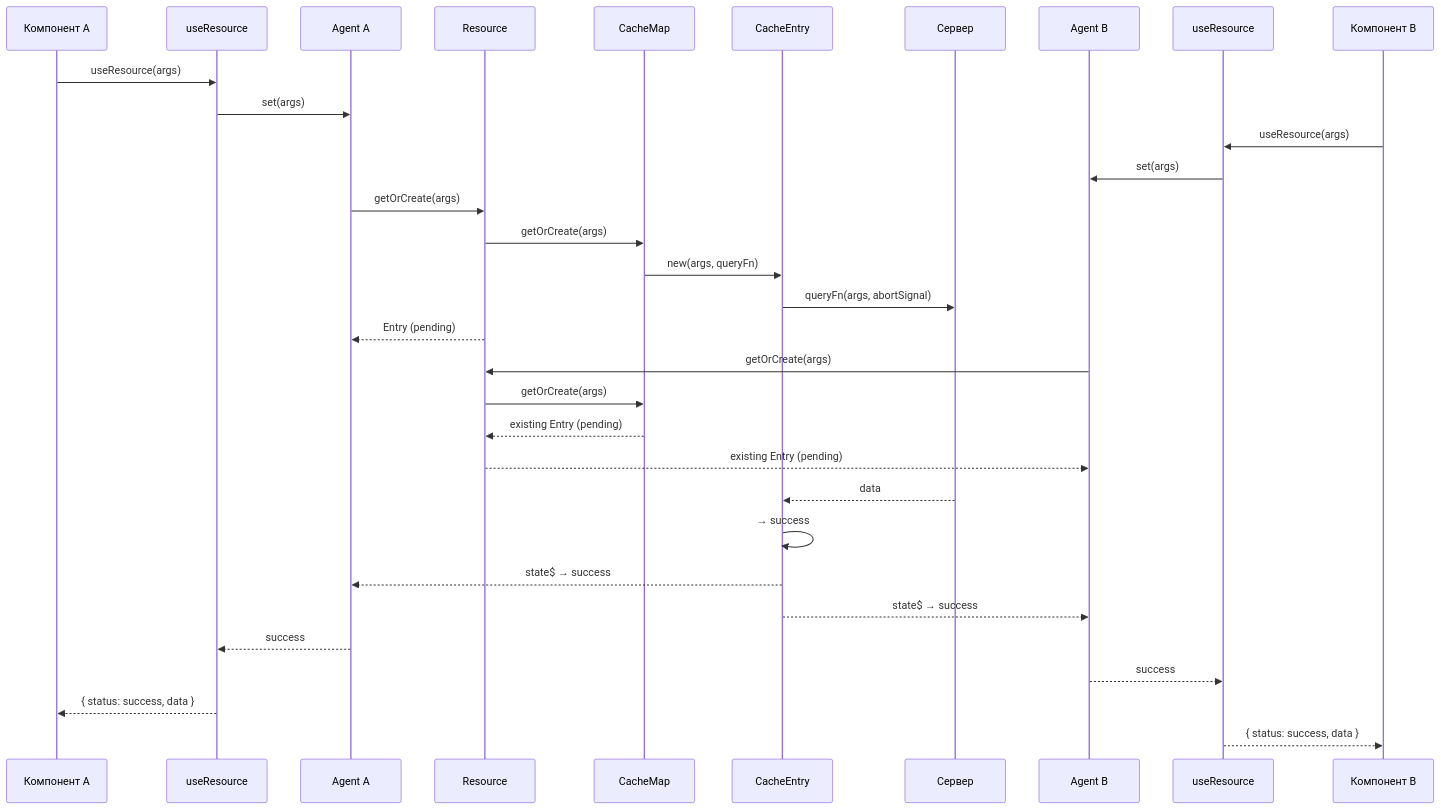
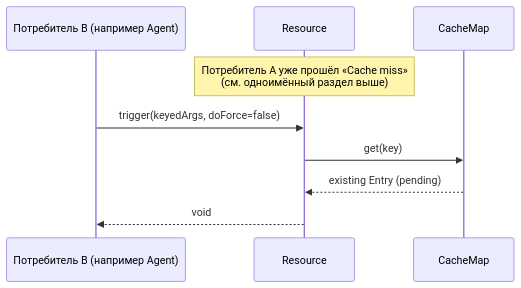
One commit to fozy-labs/rx-toolkit changed the sixth of 10 diagrams in docs/query/concepts/dataflows.md. Above: the diagram before and after it, drawn with Mermaid. The commit also changed other lines of this file and 1 other file, not shown here.

````diff
--- a/docs/query/concepts/dataflows.md
+++ b/docs/query/concepts/dataflows.md
@@ -213,38 +213,13 @@
 ```mermaid
 sequenceDiagram
-    participant UI_A as Компонент A
-    participant Hook_A as useResource
-    participant Agent_A as Agent A
+    participant Agent as Потребитель B (например Agent)
     participant Res as Resource
     participant Cache as CacheMap
-    participant Entry as CacheEntry
-    participant Server as Сервер
-    participant Agent_B as Agent B
-    participant Hook_B as useResource
-    participant UI_B as Компонент B
 
-    UI_A->>Hook_A: useResource(args)
-    Hook_A->>Agent_A: set(args)
-    UI_B->>Hook_B: useResource(args)
-    Hook_B->>Agent_B: set(args)
+    Note over Res: Потребитель A уже прошёл «Cache miss»<br/>(см. одноимённый раздел выше)
 
-    Agent_A->>Res: getOrCreate(args)
-    Res->>Cache: getOrCreate(args)
-    Cache->>Entry: new(args, queryFn)
-    Entry->>Server: queryFn(args, abortSignal)
-    Res-->>Agent_A: Entry (pending)
-
-    Agent_B->>Res: getOrCreate(args)
-    Res->>Cache: getOrCreate(args)
+    Agent->>Res: trigger(keyedArgs, doForce=false)
+    Res->>Cache: get(key)
     Cache-->>Res: existing Entry (pending)
-    Res-->>Agent_B: existing Entry (pending)
-
-    Server-->>Entry: data
-    Entry->>Entry: → success
-    Entry-->>Agent_A: state$ → success
-    Entry-->>Agent_B: state$ → success
-    Agent_A-->>Hook_A: success
-    Agent_B-->>Hook_B: success
-    Hook_A-->>UI_A: { status: success, data }
-    Hook_B-->>UI_B: { status: success, data }
+    Res-->>Agent: void
 ```
````
